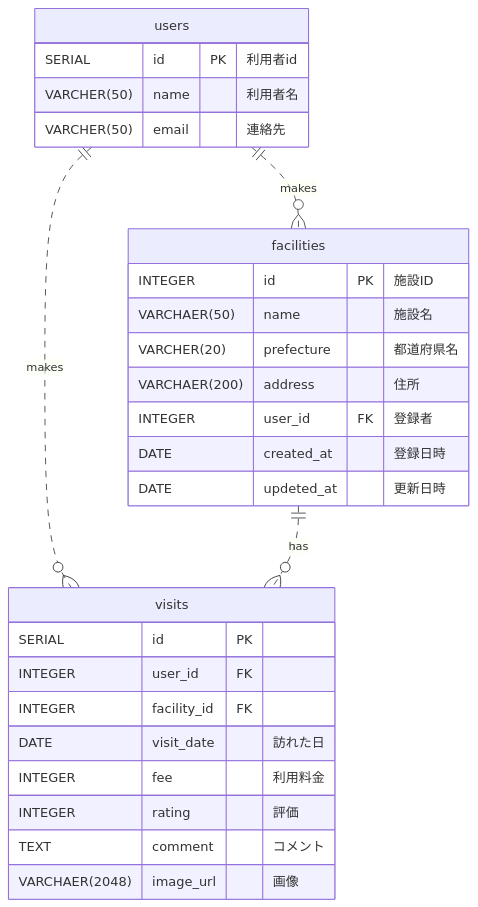
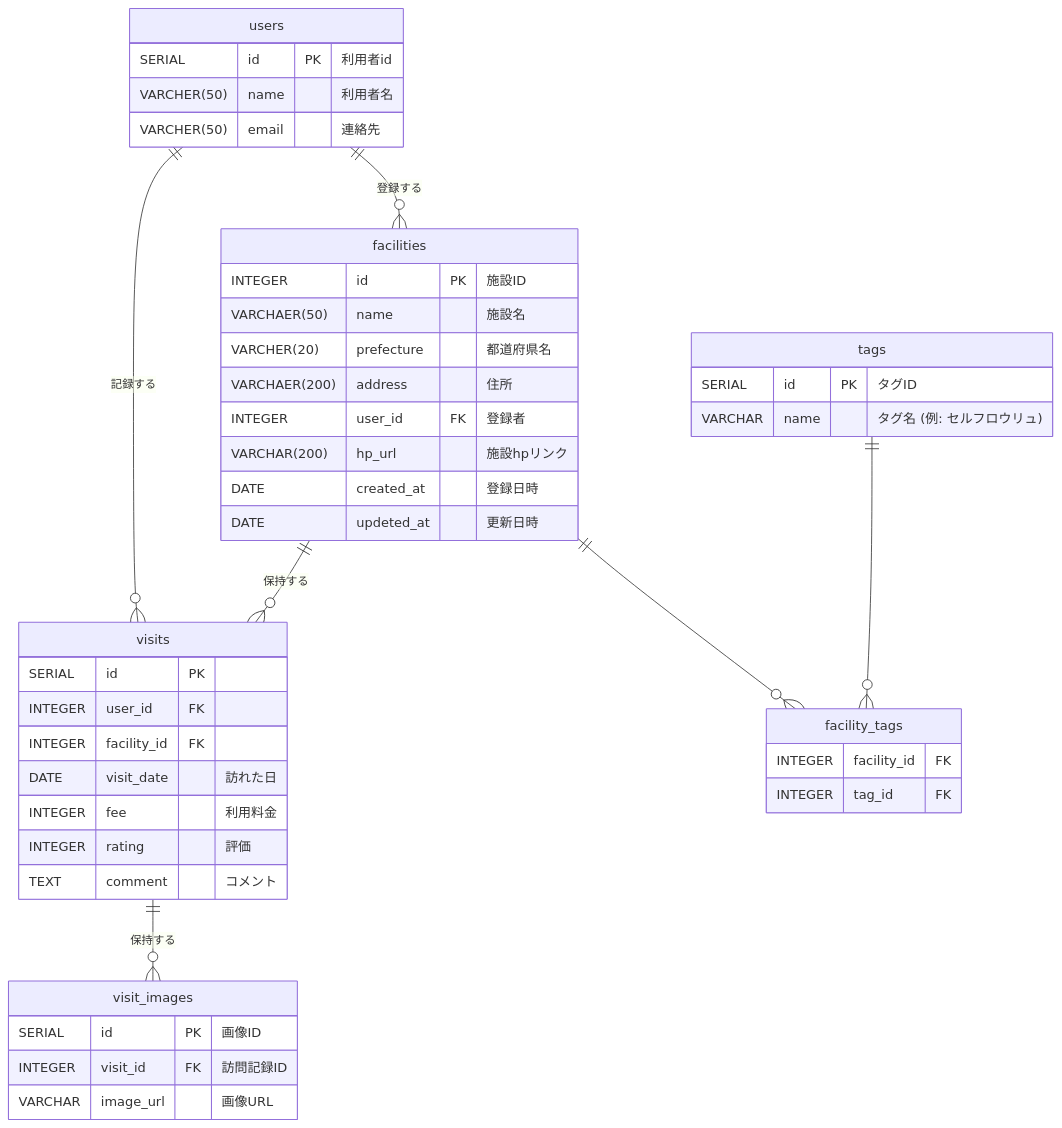
The diagram in docs/database.md (Seeeeego/sauna_app), drawn with Mermaid before and after one commit. The commit also changed other lines of this file and 1 other file, not shown here.

Commit message:
ER図

````diff
--- a/docs/database.md
+++ b/docs/database.md
@@ -1,33 +1,50 @@
 ```mermaid
 erDiagram
     users {
         SERIAL id PK "利用者id"
         VARCHER(50) name "利用者名"
         VARCHER(50) email  "連絡先"
     }
     
     facilities {
         INTEGER id PK "施設ID"
         VARCHAER(50) name "施設名"
         VARCHER(20) prefecture "都道府県名"
         VARCHAER(200) address "住所"
         INTEGER user_id  FK "登録者"
+        VARCHAR(200) hp_url "施設hpリンク"
         DATE created_at "登録日時"
         DATE updeted_at "更新日時"
     }
     
     visits {
         SERIAL id PK
         INTEGER user_id FK
         INTEGER facility_id FK
         DATE visit_date "訪れた日"
         INTEGER fee "利用料金"
         INTEGER rating "評価"
         TEXT comment "コメント"
-        VARCHAER(2048) image_url "画像"
+    }
+
+    tags {
+        SERIAL id PK "タグID"
+        VARCHAR name "タグ名 (例: セルフロウリュ)"
+    }
+    facility_tags {
+        INTEGER facility_id FK
+        INTEGER tag_id FK
+    }
+    visit_images {
+        SERIAL id PK "画像ID"
+        INTEGER visit_id FK "訪問記録ID"
+        VARCHAR image_url "画像URL"
     }
     
-    users ||..o{ visits : makes
-    facilities ||..o{ visits : has
-    users ||..o{ facilities : makes
+    users ||--o{ facilities : "登録する"
+    users ||--o{ visits : "記録する"
+    facilities ||--o{ visits : "保持する"
+    facilities ||--o{ facility_tags : ""
+    tags ||--o{ facility_tags : ""
+    visits ||--o{ visit_images : "保持する"
 ```
````
